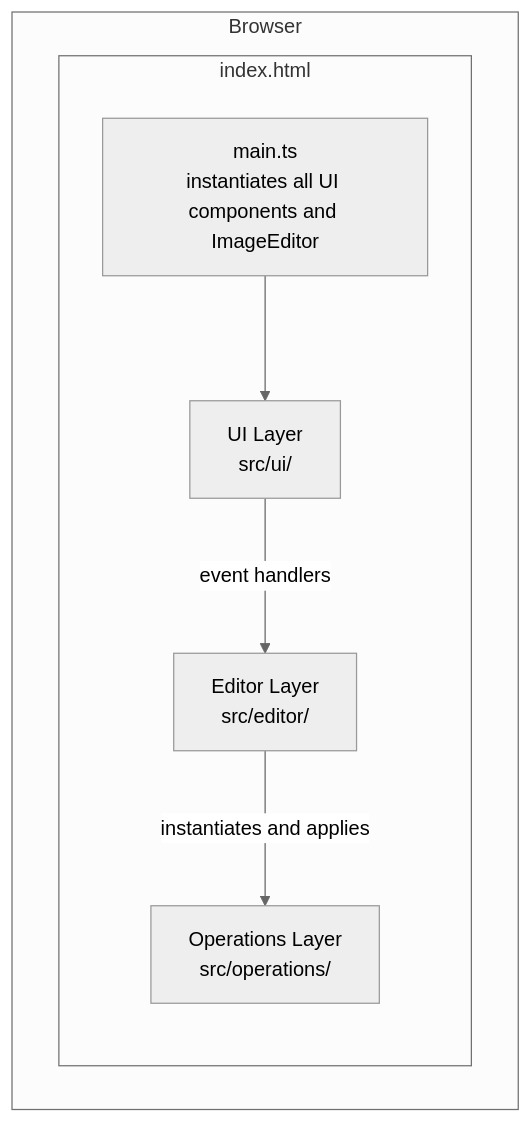
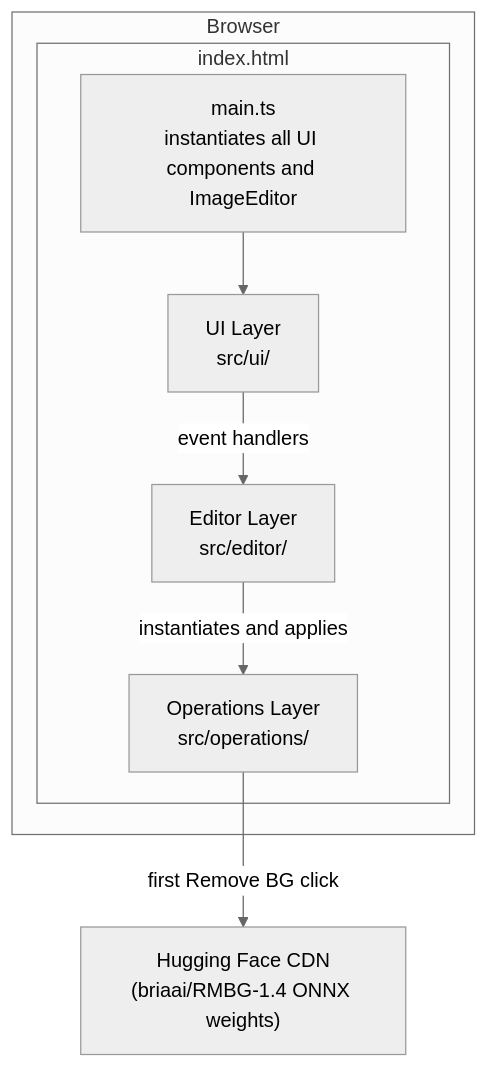
One commit to joseiedo/vibe-photo-editor changed the first of 7 diagrams in ARCHITECTURE.md. Above: the diagram before and after it, drawn with Mermaid (neutral theme). The commit also changed other lines of this file and 7 other files, not shown here.

First line of the commit message:
feat: add automatic background removal via briaai/RMBG-1.4

````diff
--- a/ARCHITECTURE.md
+++ b/ARCHITECTURE.md
@@ -65,15 +69,18 @@
 ```mermaid
 graph TD
     subgraph Browser
         subgraph index.html
             main["main.ts<br/>instantiates all UI components and ImageEditor"]
             UI["UI Layer<br/>src/ui/"]
             Editor["Editor Layer<br/>src/editor/"]
             Ops["Operations Layer<br/>src/operations/"]
         end
     end
 
+    HF["Hugging Face CDN<br/>(briaai/RMBG-1.4 ONNX weights)"]
+
     main --> UI
     UI -->|"event handlers"| Editor
     Editor -->|"instantiates and applies"| Ops
+    Ops -->|"first Remove BG click"| HF
 ```
````
